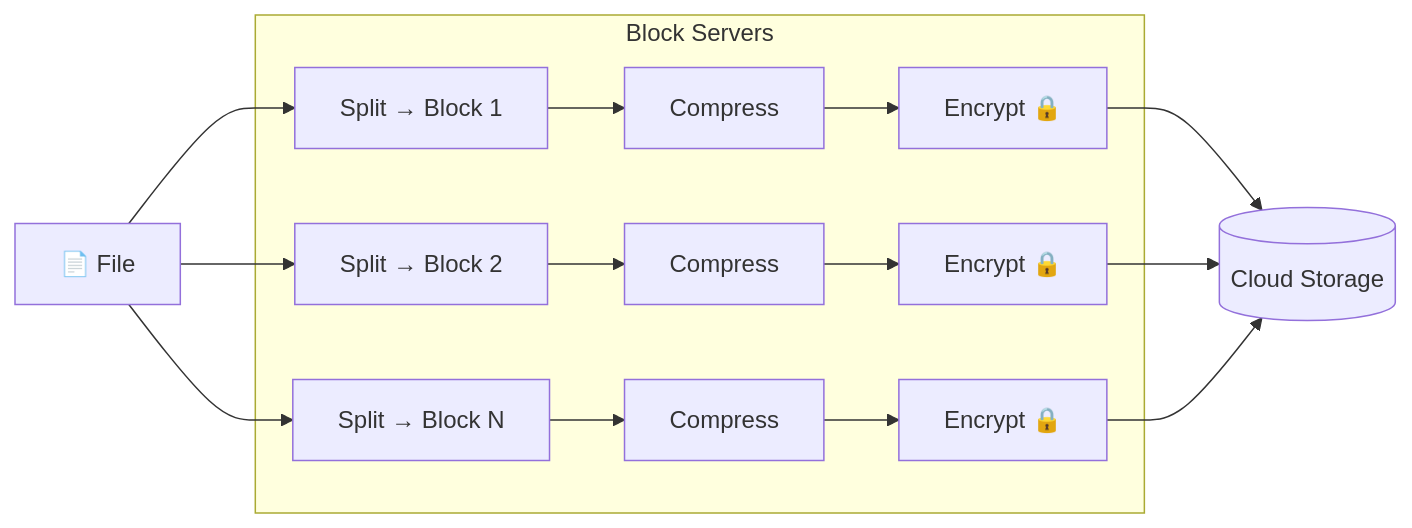
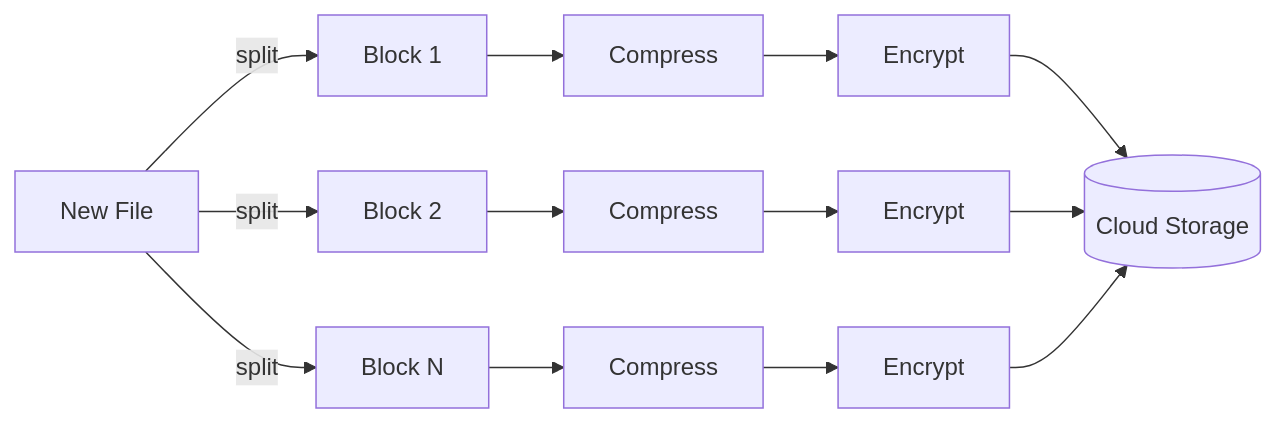
Before and after one commit to Arnavjain1703/HLD: the eighth of 16 diagrams in google-drive-system-design.md, drawn with Mermaid. The commit also changed other lines of this file, not shown here.

````diff
--- a/google-drive-system-design.md
+++ b/google-drive-system-design.md
@@ -248,20 +261,21 @@
 ```mermaid
 graph LR
-    file[📄 File]
-    subgraph bs[Block Servers]
-        split1[Split → Block 1]
-        split2[Split → Block 2]
-        splitn[Split → Block N]
-        comp1[Compress]
-        comp2[Compress]
-        compn[Compress]
-        enc1[Encrypt 🔒]
-        enc2[Encrypt 🔒]
-        encn[Encrypt 🔒]
-    end
-    cs[(Cloud Storage)]
+    file["New File"]
+    b1["Block 1"]
+    b2["Block 2"]
+    bn["Block N"]
+    c1["Compress"]
+    c2["Compress"]
+    cn["Compress"]
+    e1["Encrypt"]
+    e2["Encrypt"]
+    en["Encrypt"]
+    cs[("Cloud Storage")]
 
-    file --> split1 --> comp1 --> enc1 --> cs
-    file --> split2 --> comp2 --> enc2 --> cs
-    file --> splitn --> compn --> encn --> cs
+    file -->|"split"| b1
+    file -->|"split"| b2
+    file -->|"split"| bn
+    b1 --> c1 --> e1 --> cs
+    b2 --> c2 --> e2 --> cs
+    bn --> cn --> en --> cs
 ```
````
